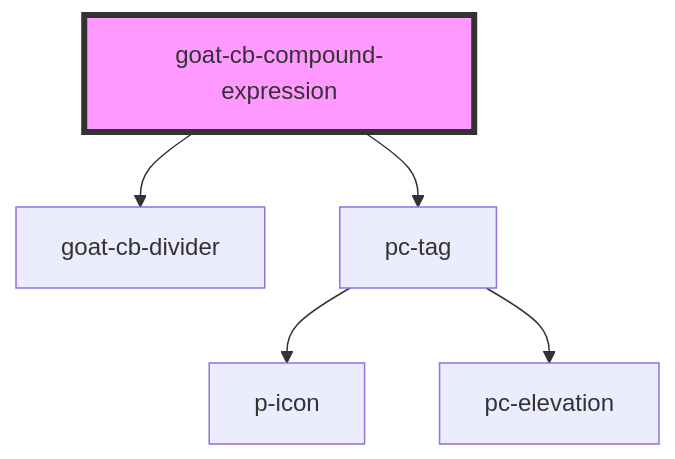
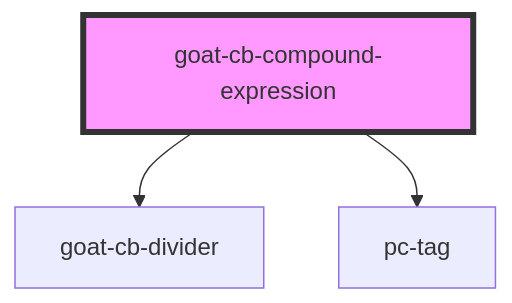
Before and after one commit to redvars/peacock: the diagram in src/components/application/condition-builder/cb-compound-expression/readme.md, drawn with Mermaid. The commit also changed 135 other files, not shown here.

````diff
--- a/src/components/application/condition-builder/cb-compound-expression/readme.md
+++ b/src/components/application/condition-builder/cb-compound-expression/readme.md
@@ -25,8 +25,6 @@
 ```mermaid
 graph TD;
   goat-cb-compound-expression --> goat-cb-divider
   goat-cb-compound-expression --> pc-tag
-  pc-tag --> p-icon
-  pc-tag --> pc-elevation
   style goat-cb-compound-expression fill:#f9f,stroke:#333,stroke-width:4px
 ```
````
